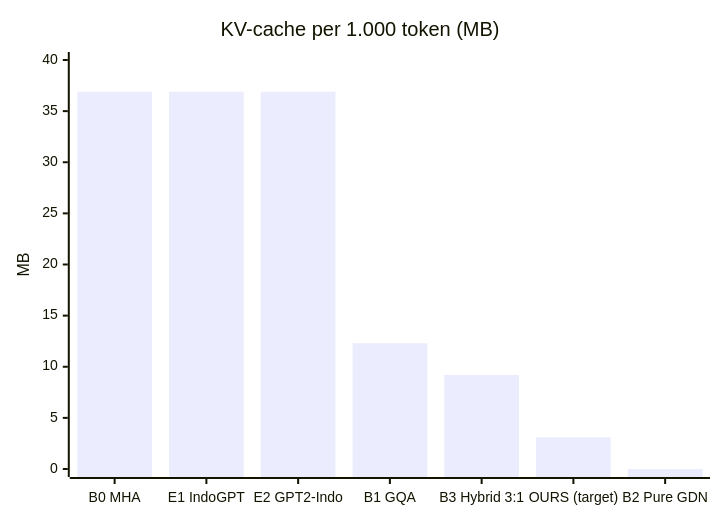
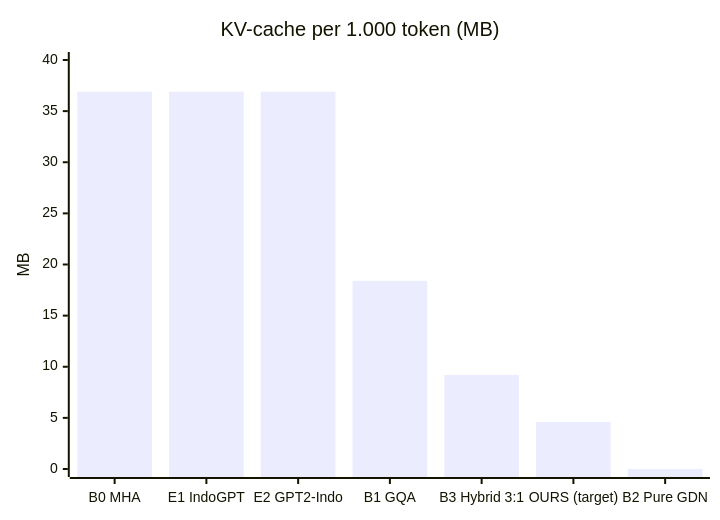
Before and after one commit to rexxar280903/SLM-INDO: the first of 3 diagrams in KONSEP.md, drawn with Mermaid. The commit also changed other lines of this file and 29 other files, not shown here.

````diff
--- a/KONSEP.md
+++ b/KONSEP.md
@@ -496,7 +589,7 @@
 ```mermaid
 xychart-beta
     title "KV-cache per 1.000 token (MB)"
     x-axis ["B0 MHA", "E1 IndoGPT", "E2 GPT2-Indo", "B1 GQA", "B3 Hybrid 3:1", "OURS (target)", "B2 Pure GDN"]
     y-axis "MB" 0 --> 40
-    bar [36.9, 36.9, 36.9, 12.3, 9.2, 3.1, 0]
+    bar [36.9, 36.9, 36.9, 18.4, 9.2, 4.6, 0]
 ```
````
